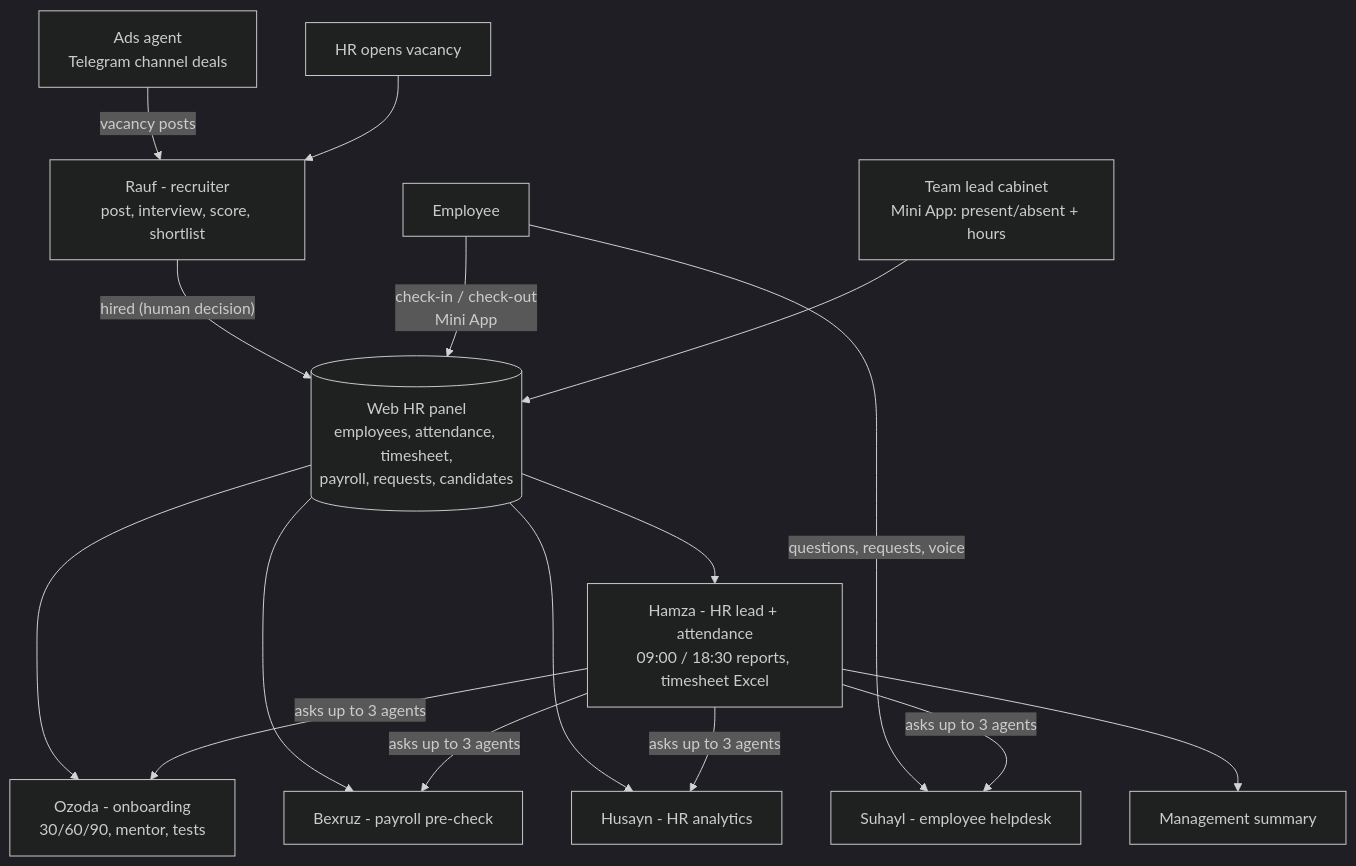
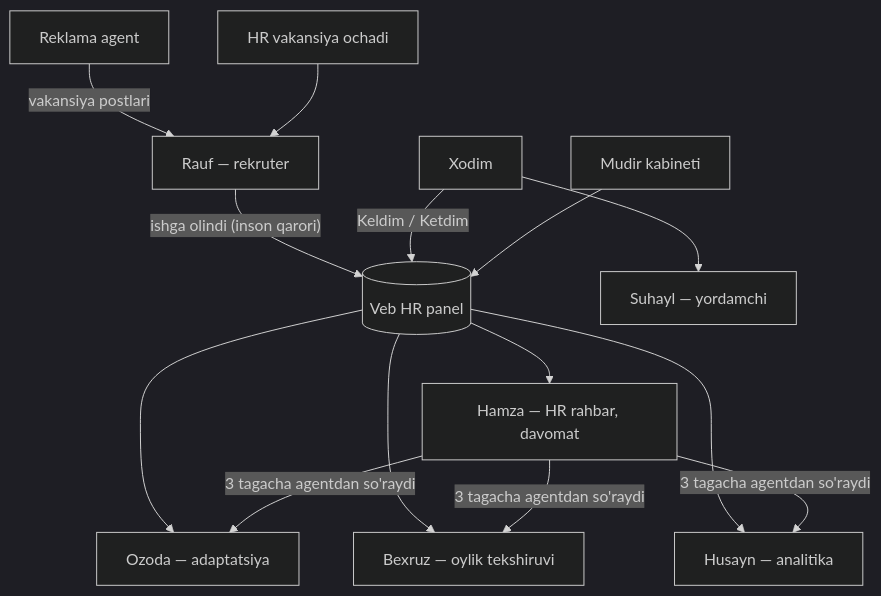
Before and after one commit to Ai-deparments/hr-ai-skills: the diagram in README.md, drawn with Mermaid (dark theme). The commit also changed other lines of this file and 43 other files, not shown here.

````diff
--- a/README.md
+++ b/README.md
@@ -46,16 +149,14 @@
 ```mermaid
 flowchart TD
-    ADS[Ads agent<br/>Telegram channel deals] -->|vacancy posts| RAUF
-    HR[HR opens vacancy] --> RAUF[Rauf - recruiter<br/>post, interview, score, shortlist]
-    RAUF -->|"hired (human decision)"| PANEL
-    PANEL[(Web HR panel<br/>employees, attendance, timesheet,<br/>payroll, requests, candidates)]
-    PANEL --> OZODA[Ozoda - onboarding<br/>30/60/90, mentor, tests]
-    EMP[Employee] -->|questions, requests, voice| SUHAYL[Suhayl - employee helpdesk]
-    EMP -->|check-in / check-out<br/>Mini App| PANEL
-    LEAD[Team lead cabinet<br/>Mini App: present/absent + hours] --> PANEL
-    PANEL --> HAMZA[Hamza - HR lead + attendance<br/>09:00 / 18:30 reports, timesheet Excel]
-    PANEL --> BEXRUZ[Bexruz - payroll pre-check]
-    PANEL --> HUSAYN[Husayn - HR analytics]
-    HAMZA -->|asks up to 3 agents| BEXRUZ & HUSAYN & OZODA & SUHAYL
-    HAMZA --> MGMT[Management summary]
+    ADS[Reklama agent] -->|vakansiya postlari| RAUF
+    HR[HR vakansiya ochadi] --> RAUF[Rauf — rekruter]
+    RAUF -->|"ishga olindi (inson qarori)"| PANEL
+    PANEL[(Veb HR panel)] --> OZODA[Ozoda — adaptatsiya]
+    EMP[Xodim] --> SUHAYL[Suhayl — yordamchi]
+    EMP -->|Keldim / Ketdim| PANEL
+    LEAD[Mudir kabineti] --> PANEL
+    PANEL --> HAMZA[Hamza — HR rahbar, davomat]
+    PANEL --> BEXRUZ[Bexruz — oylik tekshiruvi]
+    PANEL --> HUSAYN[Husayn — analitika]
+    HAMZA -->|3 tagacha agentdan so'raydi| BEXRUZ & HUSAYN & OZODA
 ```
````
